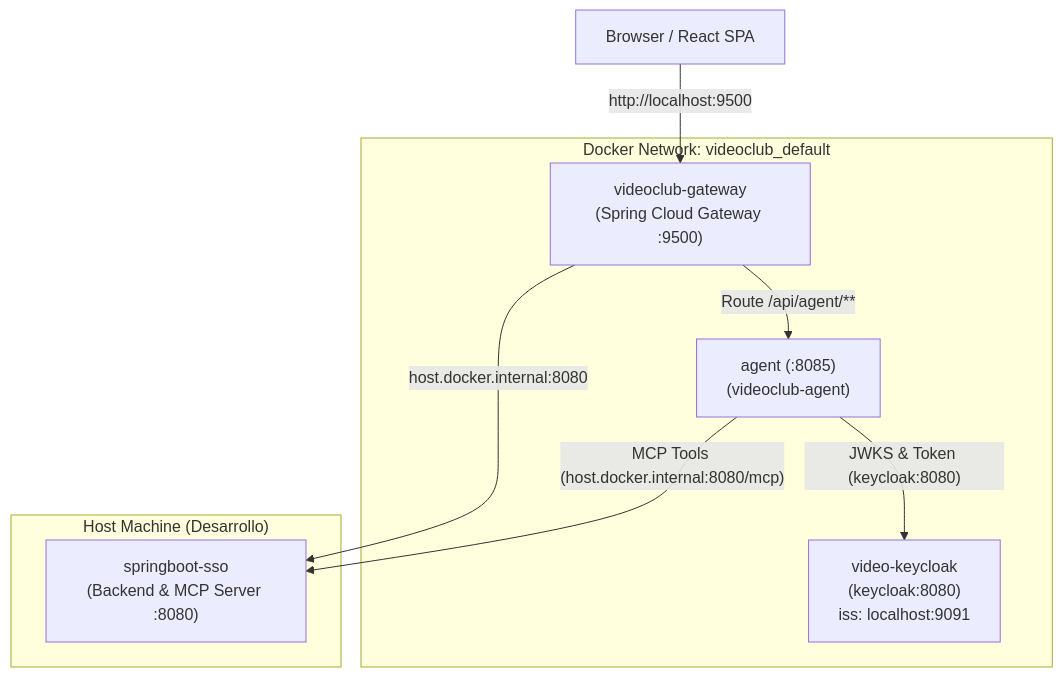
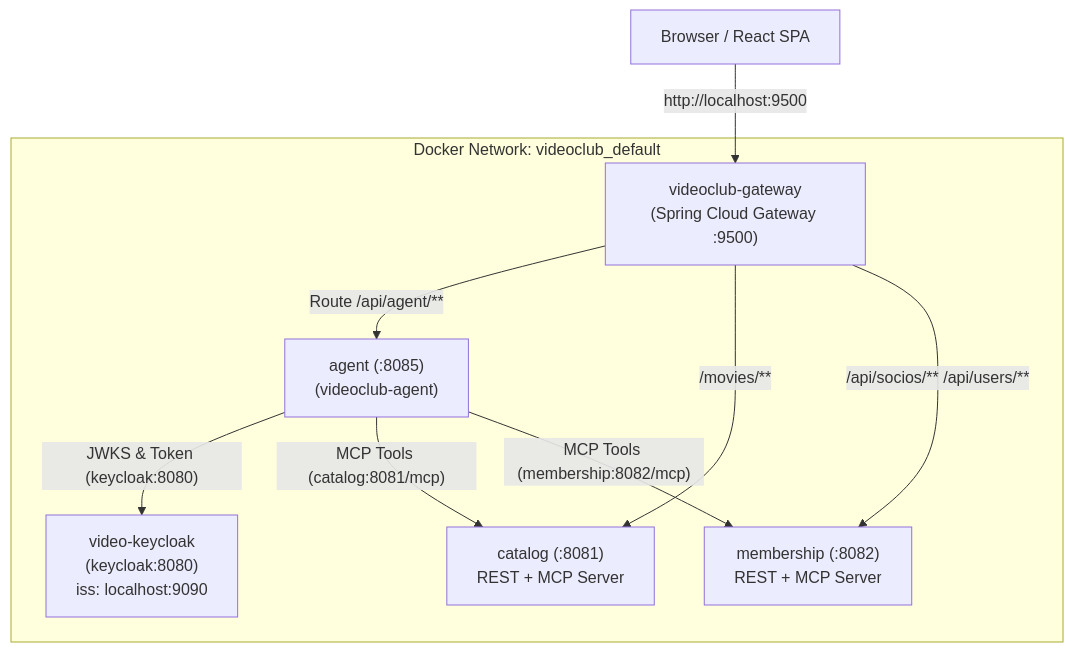
Before and after one commit to munozhoracio/agente-videoclub-sso: the first of 2 diagrams in README.md, drawn with Mermaid. The commit also changed other lines of this file and 1 other file, not shown here.

Commit message:
chore: update Keycloak port to 9090 and document dual MCP client architecture

````diff
--- a/README.md
+++ b/README.md
@@ -32,20 +35,20 @@
 ```mermaid
 flowchart TD
     Browser["Browser / React SPA"]
 
     subgraph DockerNet["Docker Network: videoclub_default"]
         Gateway["videoclub-gateway<br/>(Spring Cloud Gateway :9500)"]
         Agent["agent (:8085)<br/>(videoclub-agent)"]
-        Keycloak["video-keycloak<br/>(keycloak:8080)<br/>iss: localhost:9091"]
-    end
-
-    subgraph Host["Host Machine (Desarrollo)"]
-        Backend["springboot-sso<br/>(Backend & MCP Server :8080)"]
+        Keycloak["video-keycloak<br/>(keycloak:8080)<br/>iss: localhost:9090"]
+        Catalog["catalog (:8081)<br/>REST + MCP Server"]
+        Membership["membership (:8082)<br/>REST + MCP Server"]
     end
 
     Browser -->|"http://localhost:9500"| Gateway
     Gateway -->|"Route /api/agent/**"| Agent
-    Gateway -->|"host.docker.internal:8080"| Backend
+    Gateway -->|"/movies/**"| Catalog
+    Gateway -->|"/api/socios/** /api/users/**"| Membership
     Agent -->|"JWKS & Token (keycloak:8080)"| Keycloak
-    Agent -->|"MCP Tools (host.docker.internal:8080/mcp)"| Backend
+    Agent -->|"MCP Tools (catalog:8081/mcp)"| Catalog
+    Agent -->|"MCP Tools (membership:8082/mcp)"| Membership
 ```
````
